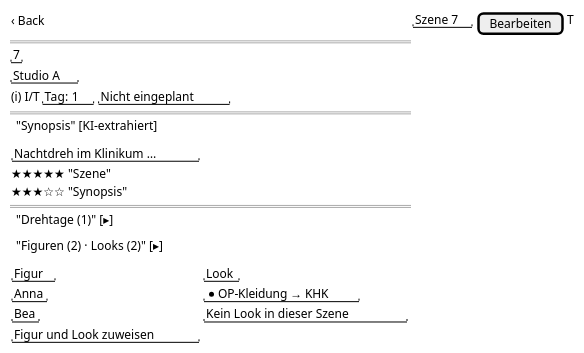
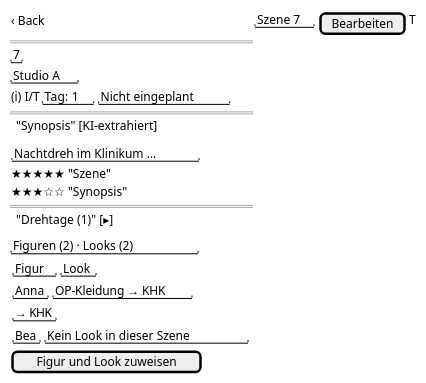
The diagram in docs/design/screens/scenes.md (tradem/breakdown-rs), drawn with PlantUML before and after one commit. The commit also changed other lines of this file and 18 other files, not shown here.

````diff
--- a/docs/design/screens/scenes.md
+++ b/docs/design/screens/scenes.md
@@ -43,27 +45,28 @@
 ```plantuml
 @startsalt
 {
   {‹ Back} | "Szene 7" | [Bearbeiten] | T
   ==
   "7"
   "Studio A"
   {(i) I/T | "Tag: 1" | "Nicht eingeplant"}
   ==
   {^ "Synopsis" [KI-extrahiert]}
   {
     "Nachtdreh im Klinikum …"
     ★★★★★ "Szene"
     ★★★☆☆ "Synopsis"
   }
   ==
   {^ "Drehtage (1)" [▸]}
-  {^ "Figuren (2) · Looks (2)" [▸]}
+  "Figuren (2) · Looks (2)"
   {
-    "Figur" | "Look"
-    "Anna" | "* OP-Kleidung → KHK"
-    "Bea"  | "Kein Look in dieser Szene"
-    "Figur und Look zuweisen"
+    { "Figur" | "Look" }
+    { "Anna" | "OP-Kleidung → KHK" }
+    {        | "→ KHK" }
+    { "Bea"  | "Kein Look in dieser Szene" }
   }
+  [Figur und Look zuweisen]
 }
 @endsalt
 ```
````
